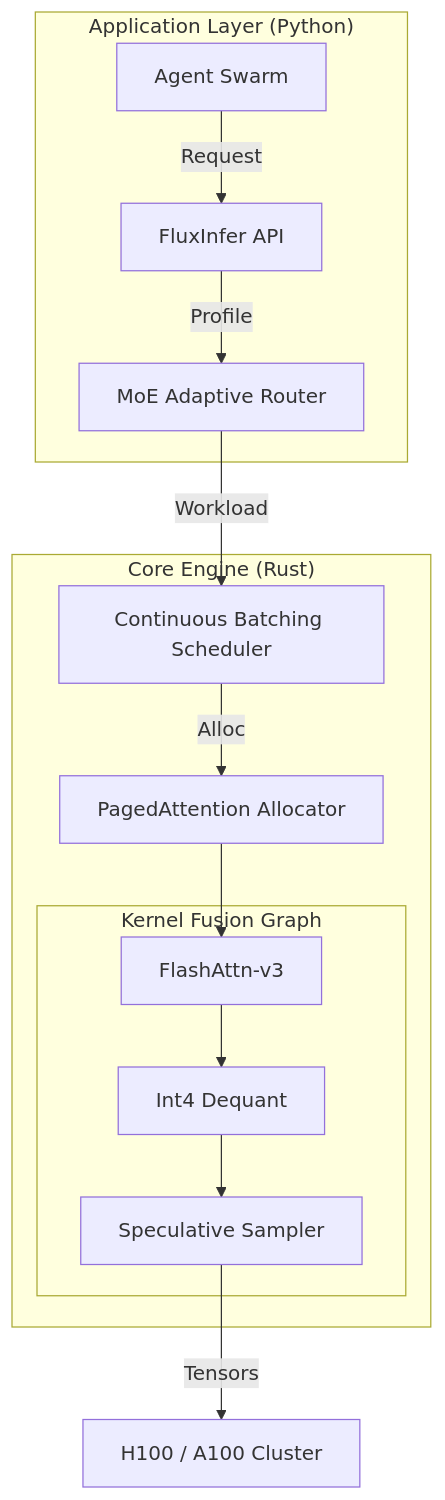
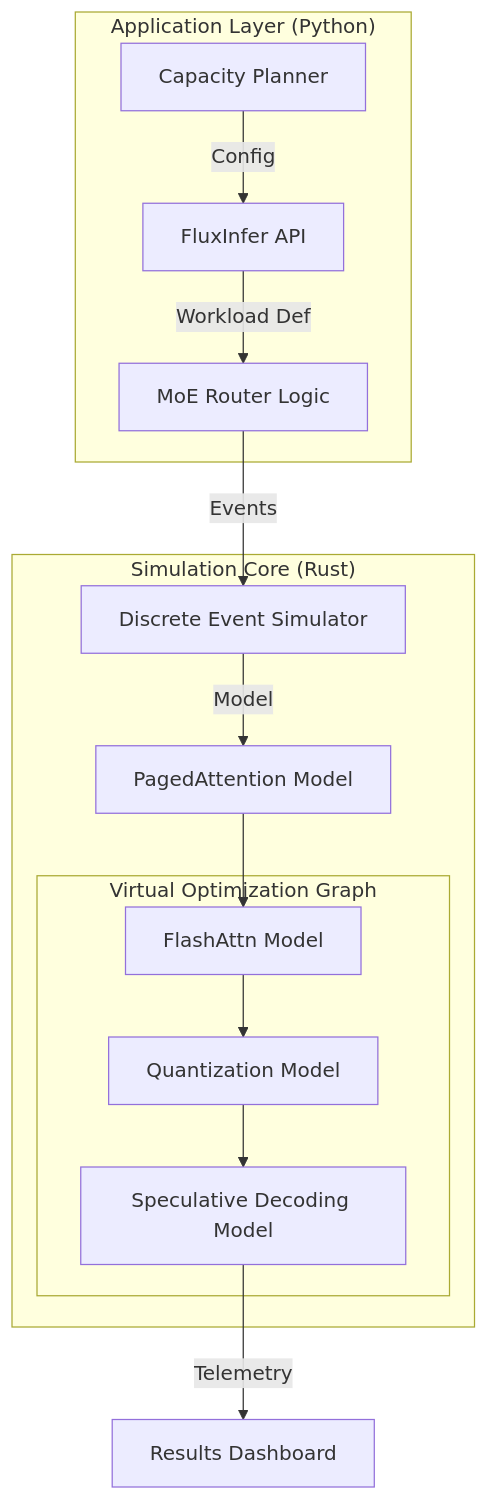
The diagram in README.md (codingwithshawnyt/FluxInfer), drawn with Mermaid before and after one commit. The commit also changed other lines of this file and 3 other files, not shown here.

````diff
--- a/README.md
+++ b/README.md
@@ -78,24 +85,24 @@
 ```mermaid
 graph TD
     subgraph "Application Layer (Python)"
-        Agent[Agent Swarm] -->|Request| API[FluxInfer API]
-        API -->|Profile| Router[MoE Adaptive Router]
+        User[Capacity Planner] -->|Config| API[FluxInfer API]
+        API -->|Workload Def| Router[MoE Router Logic]
     end
 
-    subgraph "Core Engine (Rust)"
-        Router -->|Workload| Sched[Continuous Batching Scheduler]
-        Sched -->|Alloc| Mem[PagedAttention Allocator]
+    subgraph "Simulation Core (Rust)"
+        Router -->|Events| Sim[Discrete Event Simulator]
+        Sim -->|Model| Mem[PagedAttention Model]
         
-        subgraph "Kernel Fusion Graph"
-            Op1[FlashAttn-v3]
-            Op2[Int4 Dequant]
-            Op3[Speculative Sampler]
+        subgraph "Virtual Optimization Graph"
+            Op1[FlashAttn Model]
+            Op2[Quantization Model]
+            Op3[Speculative Decoding Model]
         end
         
         Mem --> Op1
         Op1 --> Op2
         Op2 --> Op3
     end
     
-    Op3 -->|Tensors| GPU[H100 / A100 Cluster]
+    Op3 -->|Telemetry| Dashboard[Results Dashboard]
 ```
````
